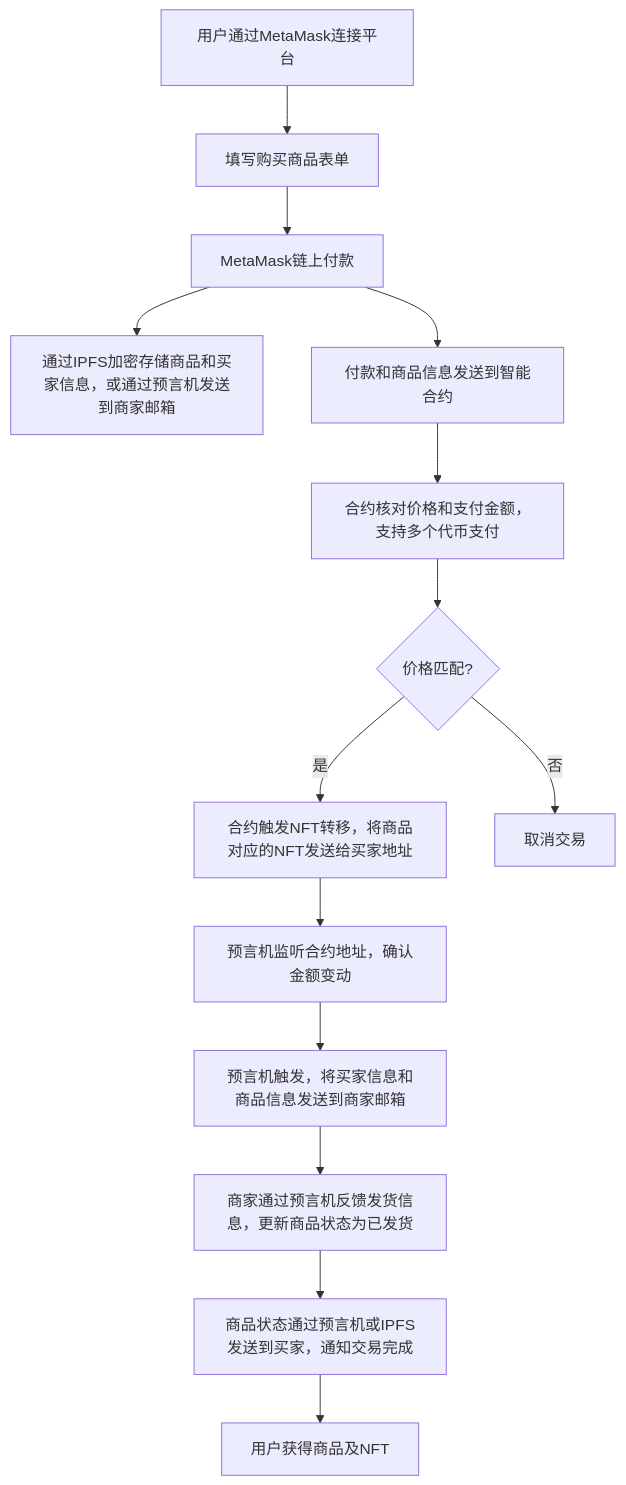
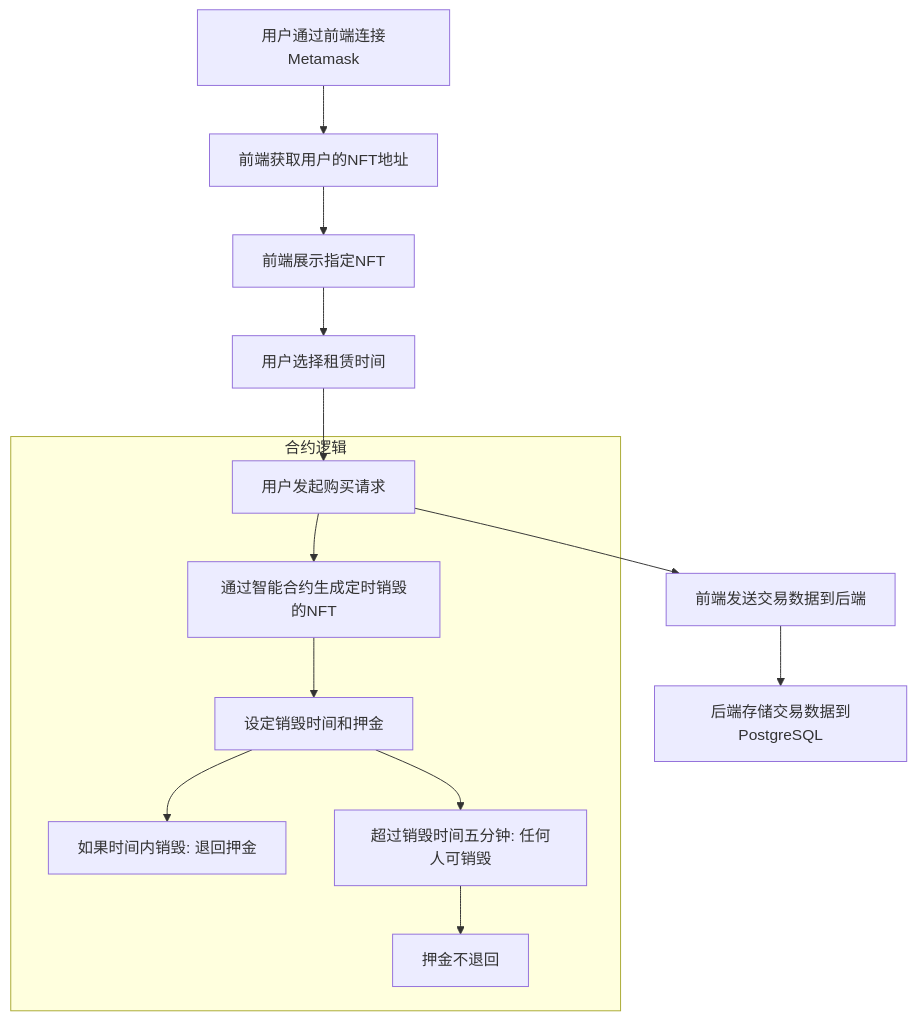
The diagram in README.md (vski5/DiagonAlley), drawn with Mermaid before and after one commit. The commit also changed other lines of this file, not shown here.

Commit message:
总价:

````diff
--- a/README.md
+++ b/README.md
@@ -37,24 +32,19 @@
 ```mermaid
-flowchart TD
-    A[用户通过MetaMask连接平台] --> B[填写购买商品表单]
-    B --> C[MetaMask链上付款]
-    C --> D1[通过IPFS加密存储商品和买家信息，或通过预言机发送到商家邮箱]
-    C --> D2[付款和商品信息发送到智能合约]
+graph TD
+    A[用户通过前端连接Metamask] --> B[前端获取用户的NFT地址]
+    B --> C[前端展示指定NFT]
+    C --> D[用户选择租赁时间]
+    D --> E[用户发起购买请求]
     
-    D2 --> E[合约核对价格和支付金额，支持多个代币支付]
+    subgraph 合约逻辑
+        E --> F[通过智能合约生成定时销毁的NFT]
+        F --> G[设定销毁时间和押金]
+        G --> H[如果时间内销毁: 退回押金]
+        G --> I[超过销毁时间五分钟: 任何人可销毁]
+        I --> J[押金不退回]
+    end
     
-    E --> F{价格匹配?}
-    
-    F -- 是 --> G[合约触发NFT转移，将商品对应的NFT发送给买家地址]
-    F -- 否 --> H[取消交易]
-    
-    G --> I[预言机监听合约地址，确认金额变动]
-    
-    I --> J[预言机触发，将买家信息和商品信息发送到商家邮箱]
-    
-    J --> K[商家通过预言机反馈发货信息，更新商品状态为已发货]
-    
-    K --> L[商品状态通过预言机或IPFS发送到买家，通知交易完成]
-    
-    L --> M[用户获得商品及NFT]
+    E --> K[前端发送交易数据到后端]
+    K --> L[后端存储交易数据到PostgreSQL]
+
 ```
````
